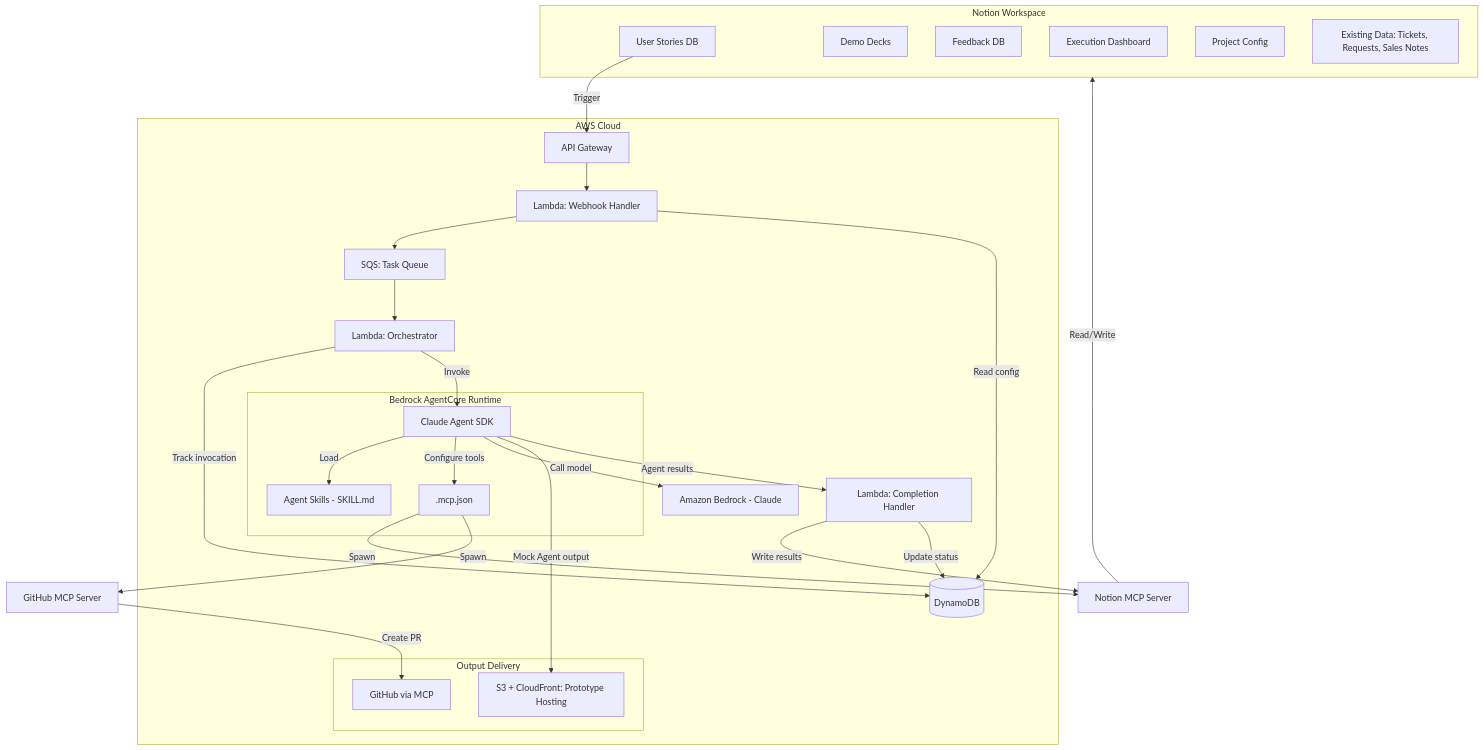
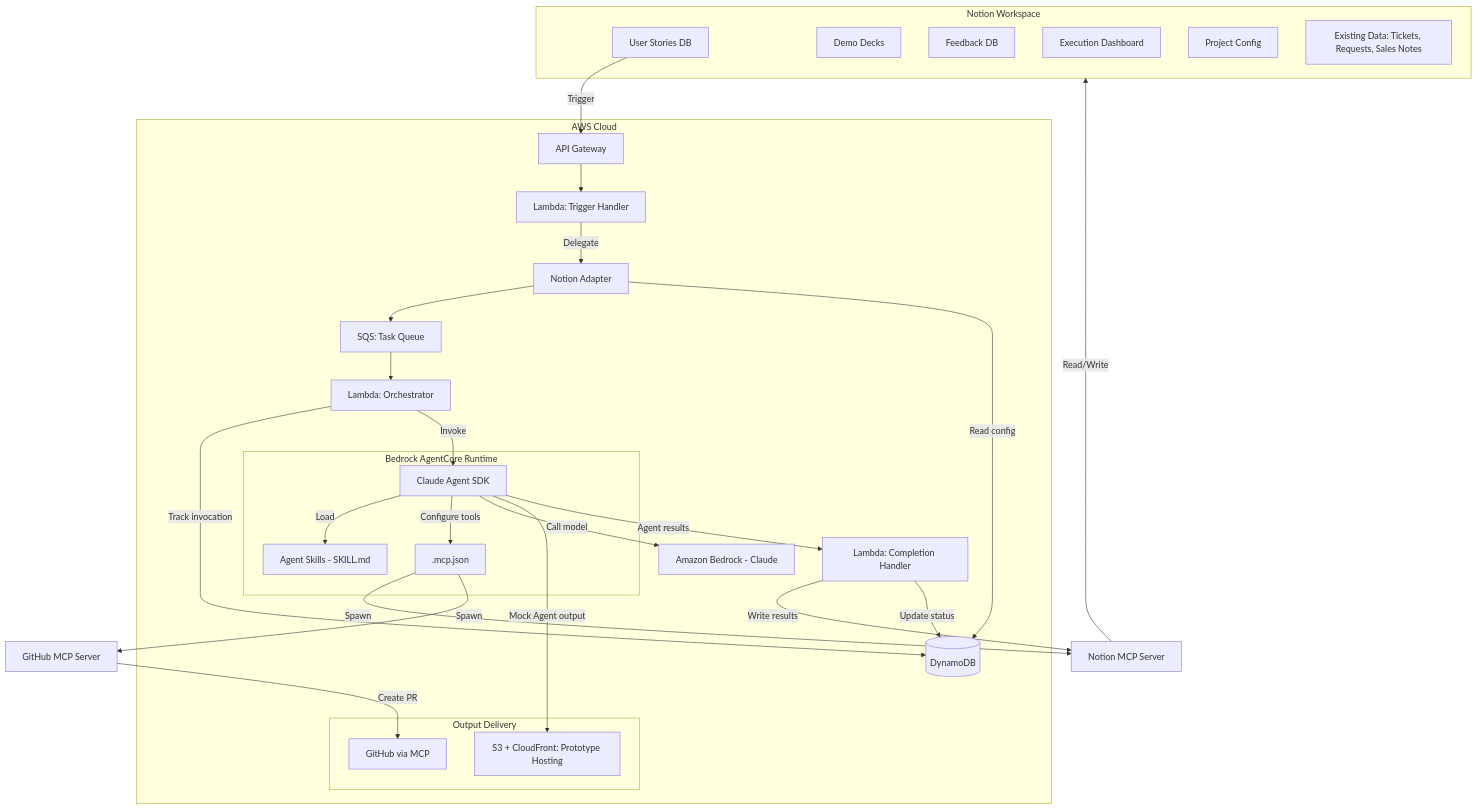
Before and after one commit to icoxfog417/notion-code: the diagram in README.md, drawn with Mermaid. The commit also changed other lines of this file and 4 other files, not shown here.

````diff
--- a/README.md
+++ b/README.md
@@ -139,56 +139,58 @@
 ```mermaid
 graph TB
     subgraph Notion["Notion Workspace"]
         US[User Stories DB]
         DD[Demo Decks]
         FB[Feedback DB]
         DASH[Execution Dashboard]
         CFG[Project Config]
         EXIST[Existing Data: Tickets, Requests, Sales Notes]
     end
 
     subgraph AWS["AWS Cloud"]
         APIGW[API Gateway]
-        WH[Lambda: Webhook Handler]
+        TH["Lambda: Trigger Handler"]
+        NA["Notion Adapter"]
         SQS[SQS: Task Queue]
         ORCH[Lambda: Orchestrator]
         DDB[(DynamoDB)]
 
         subgraph AgentCore["Bedrock AgentCore Runtime"]
             SDK[Claude Agent SDK]
             SKILLS[Agent Skills - SKILL.md]
             MCP_JSON[".mcp.json"]
         end
 
         BR[Amazon Bedrock - Claude]
         CH[Lambda: Completion Handler]
 
         subgraph Delivery["Output Delivery"]
             GH[GitHub via MCP]
             S3[S3 + CloudFront: Prototype Hosting]
         end
     end
 
     NOTION_MCP[Notion MCP Server]
     GITHUB_MCP[GitHub MCP Server]
 
     US -->|Trigger| APIGW
-    APIGW --> WH
-    WH --> SQS
-    WH -->|Read config| DDB
+    APIGW --> TH
+    TH -->|Delegate| NA
+    NA --> SQS
+    NA -->|Read config| DDB
     SQS --> ORCH
     ORCH -->|Track invocation| DDB
     ORCH -->|Invoke| SDK
     SDK -->|Load| SKILLS
     SDK -->|Configure tools| MCP_JSON
     SDK -->|Call model| BR
     MCP_JSON -->|Spawn| NOTION_MCP
     MCP_JSON -->|Spawn| GITHUB_MCP
     NOTION_MCP -->|Read/Write| Notion
     GITHUB_MCP -->|Create PR| GH
 
     SDK -->|Mock Agent output| S3
     SDK -->|Agent results| CH
     CH -->|Write results| NOTION_MCP
     CH -->|Update status| DDB
 ```
````
